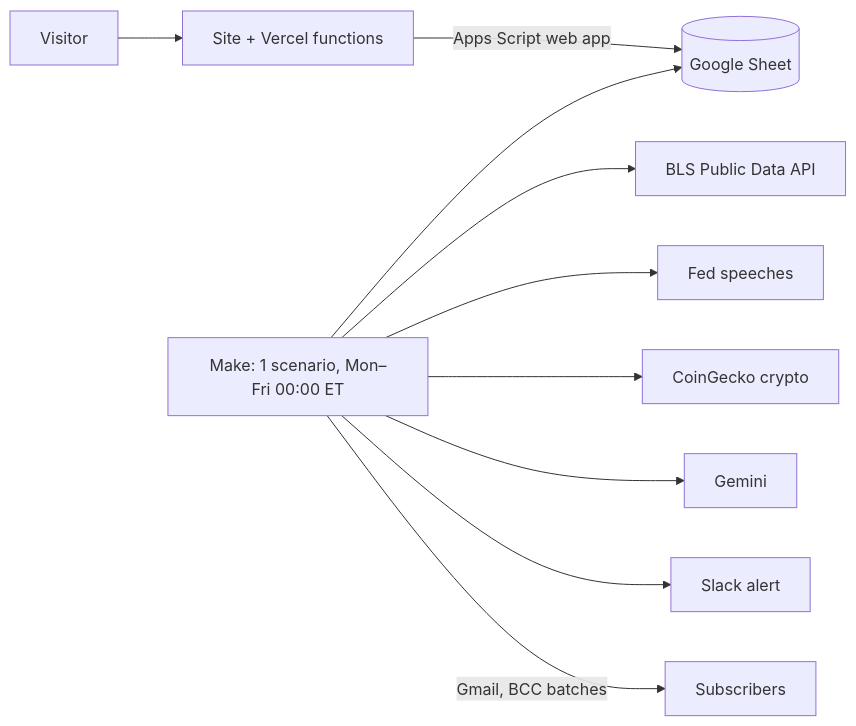
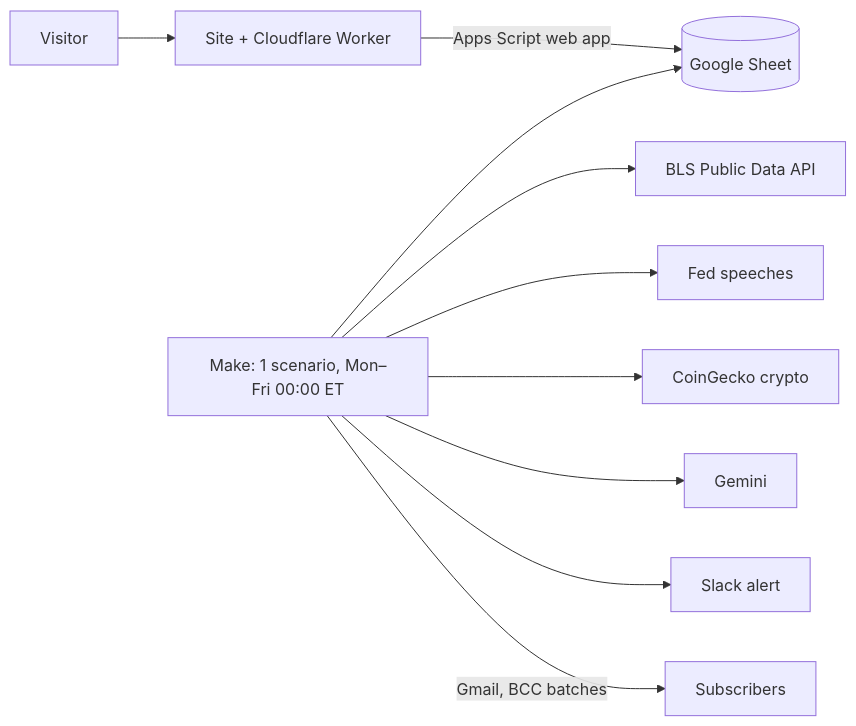
The diagram in README.md (notm33na/morningmarket), drawn with Mermaid before and after one commit. The commit also changed other lines of this file and 7 other files, not shown here.

First line of the commit message:
Site moved to a Cloudflare Worker: docs and Sheet API

````diff
--- a/README.md
+++ b/README.md
@@ -31,7 +31,7 @@
 ```mermaid
 flowchart LR
-  V[Visitor] --> S[Site + Vercel functions] -->|Apps Script web app| G[(Google Sheet)]
+  V[Visitor] --> S[Site + Cloudflare Worker] -->|Apps Script web app| G[(Google Sheet)]
   M[Make: 1 scenario, Mon–Fri 00:00 ET] --> G
   M --> B[BLS Public Data API] & FR[Fed speeches] & C[CoinGecko crypto] & AI[Gemini] & SL[Slack alert]
   M -->|Gmail, BCC batches| R[Subscribers]
 ```
````
